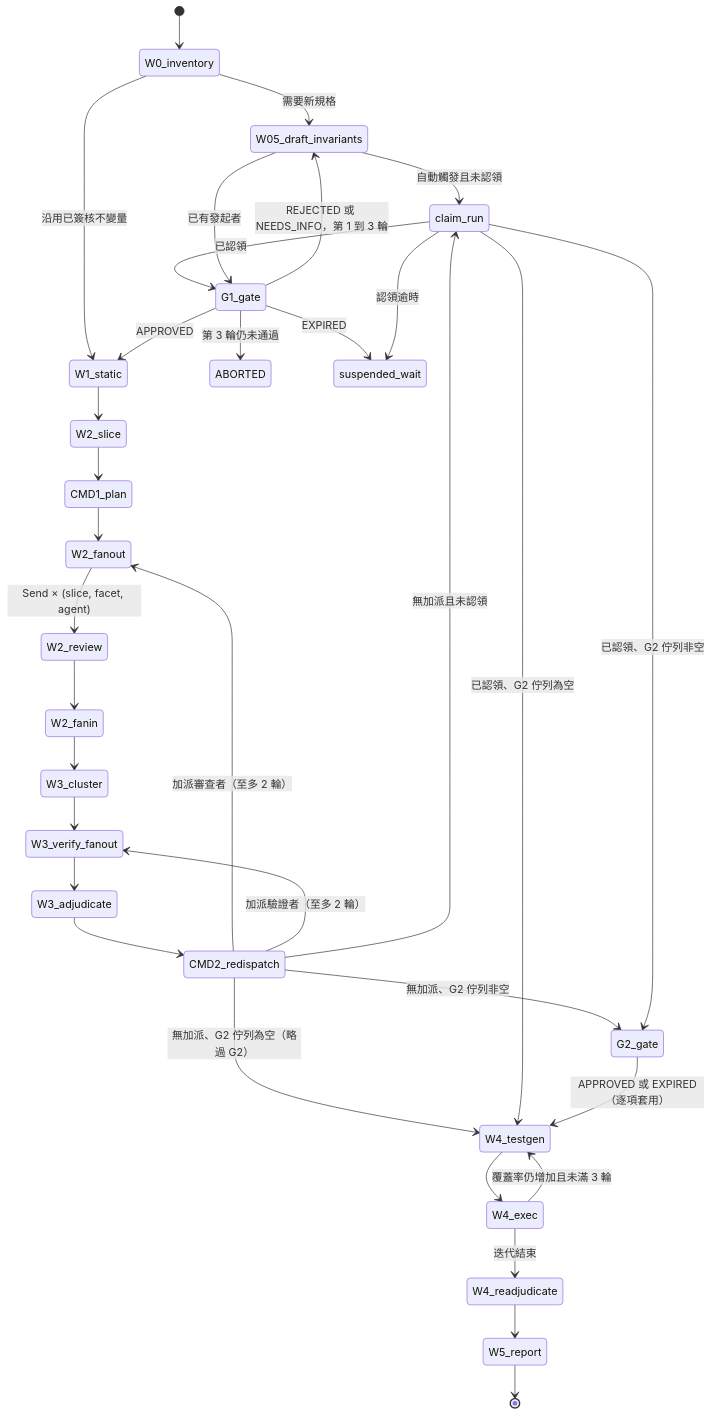
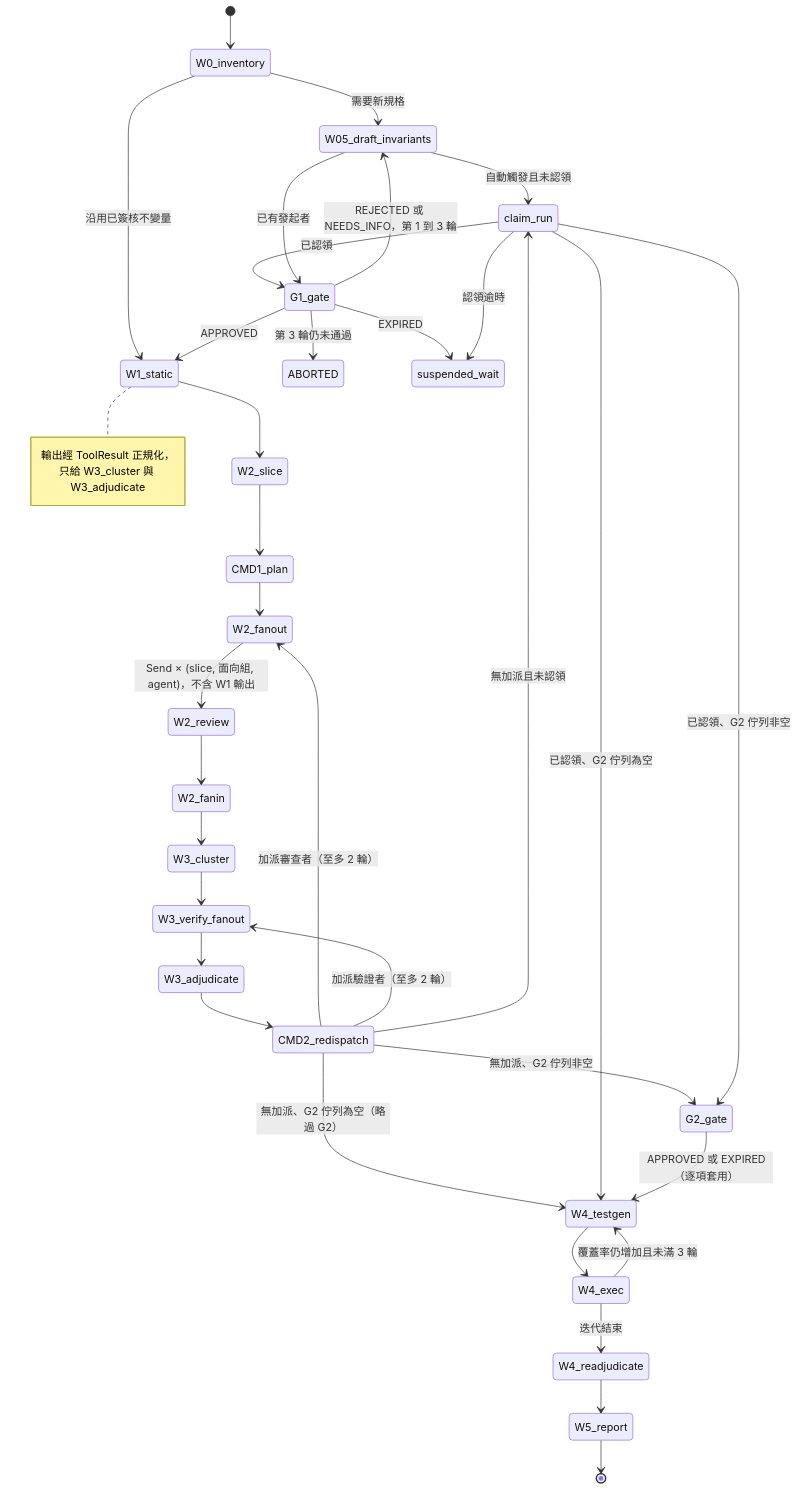
The fourth of 11 diagrams in docs/03-system-architecture.md (chinchiang/VibeCheckHarness), drawn with Mermaid before and after one commit. The commit also changed other lines of this file, not shown here.

First line of the commit message:
Docs v0.3: architecture for typed commander views, gates and profiles

````diff
--- a/docs/03-system-architecture.md
+++ b/docs/03-system-architecture.md
@@ -474,36 +552,37 @@
 ```mermaid
 stateDiagram-v2
   [*] --> W0_inventory
   W0_inventory --> W05_draft_invariants: 需要新規格
   W0_inventory --> W1_static: 沿用已簽核不變量
   W05_draft_invariants --> claim_run: 自動觸發且未認領
   claim_run --> G1_gate: 已認領
   W05_draft_invariants --> G1_gate: 已有發起者
   G1_gate --> W1_static: APPROVED
   G1_gate --> W05_draft_invariants: REJECTED 或 NEEDS_INFO，第 1 到 3 輪
   G1_gate --> ABORTED: 第 3 輪仍未通過
   G1_gate --> suspended_wait: EXPIRED
   W1_static --> W2_slice
+  note right of W1_static : 輸出經 ToolResult 正規化，只給 W3_cluster 與 W3_adjudicate
   W2_slice --> CMD1_plan
   CMD1_plan --> W2_fanout
-  W2_fanout --> W2_review: Send × (slice, facet, agent)
+  W2_fanout --> W2_review: Send × (slice, 面向組, agent)，不含 W1 輸出
   W2_review --> W2_fanin
   W2_fanin --> W3_cluster
   W3_cluster --> W3_verify_fanout
   W3_verify_fanout --> W3_adjudicate
   W3_adjudicate --> CMD2_redispatch
   CMD2_redispatch --> W2_fanout: 加派審查者（至多 2 輪）
   CMD2_redispatch --> W3_verify_fanout: 加派驗證者（至多 2 輪）
   CMD2_redispatch --> claim_run: 無加派且未認領
   CMD2_redispatch --> G2_gate: 無加派、G2 佇列非空
   CMD2_redispatch --> W4_testgen: 無加派、G2 佇列為空（略過 G2）
   claim_run --> G2_gate: 已認領、G2 佇列非空
   claim_run --> W4_testgen: 已認領、G2 佇列為空
   claim_run --> suspended_wait: 認領逾時
   G2_gate --> W4_testgen: APPROVED 或 EXPIRED（逐項套用）
   W4_testgen --> W4_exec
   W4_exec --> W4_testgen: 覆蓋率仍增加且未滿 3 輪
   W4_exec --> W4_readjudicate: 迭代結束
   W4_readjudicate --> W5_report
   W5_report --> [*]
 ```
````
